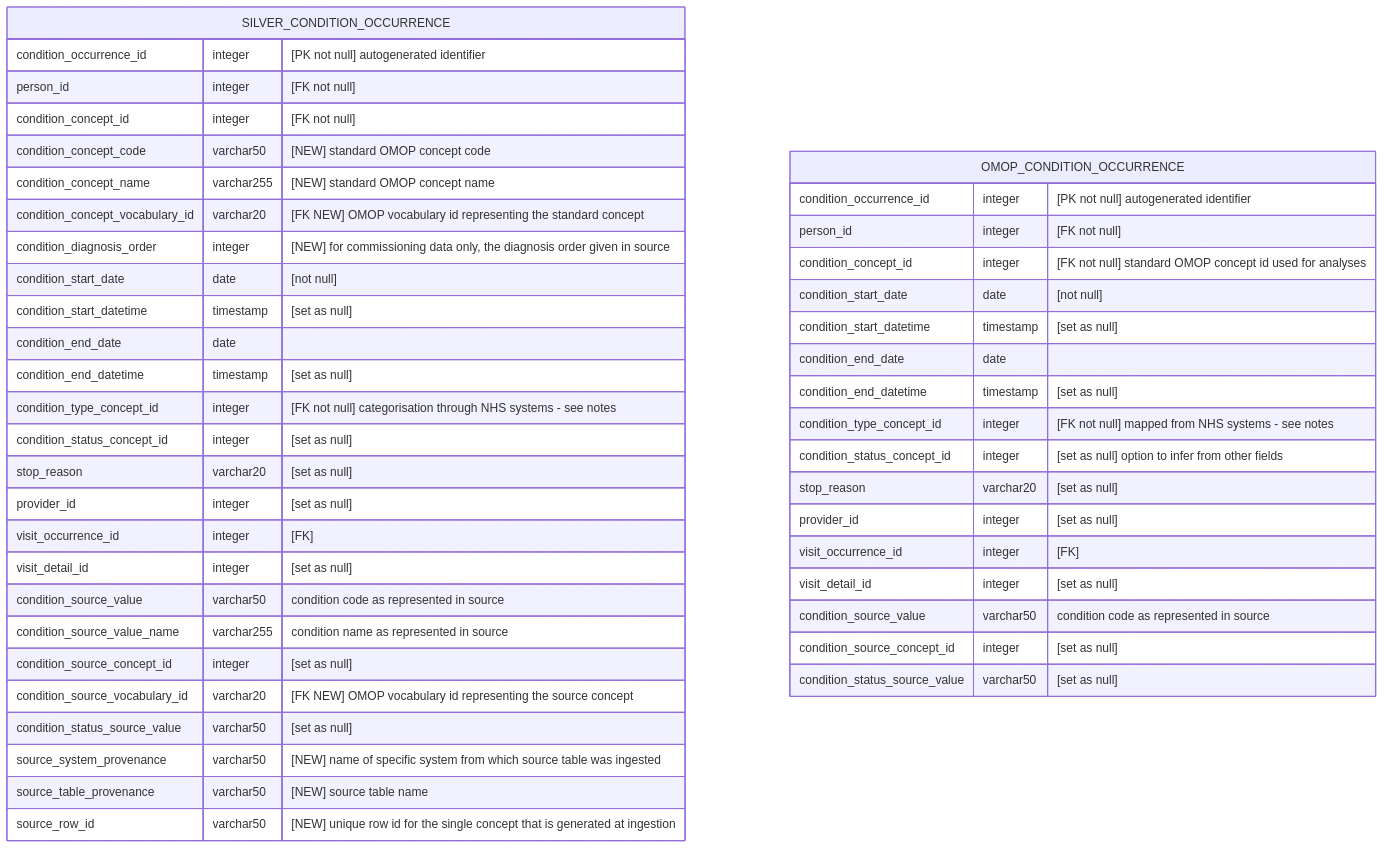
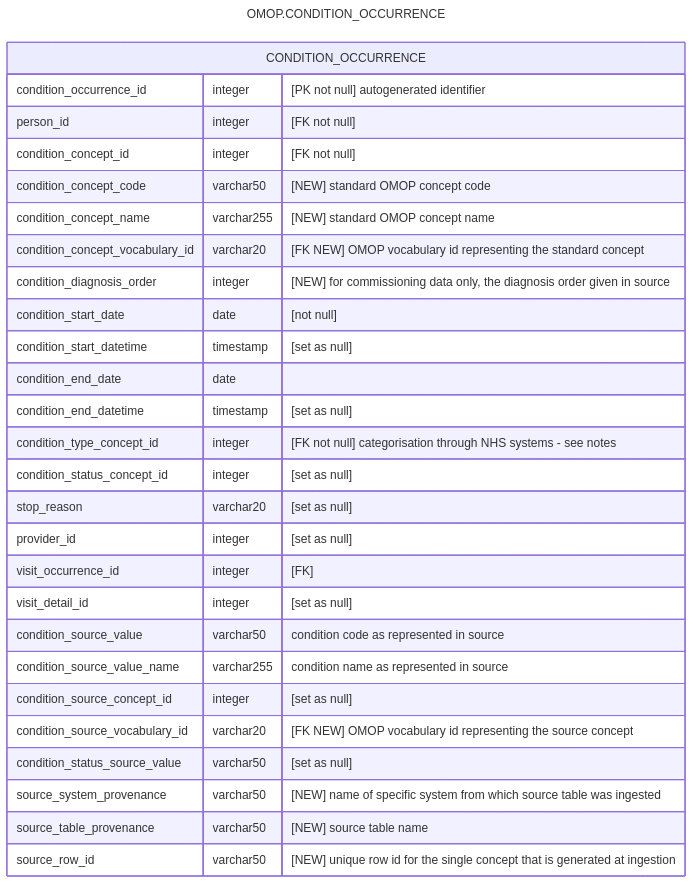
Before and after one commit to d3london/sde_aic_external_docs: the second of 2 diagrams in pages/data_model/cdm_condition_occurrence.qmd, drawn with Mermaid. The commit also changed other lines of this file and 4 other files, not shown here.

Commit message:
updated diagram labelling

````diff
--- a/pages/data_model/cdm_condition_occurrence.qmd
+++ b/pages/data_model/cdm_condition_occurrence.qmd
@@ -38,49 +41,33 @@
 ```{mermaid}
+---
+title: OMOP.CONDITION_OCCURRENCE
+---
 erDiagram
-    SILVER_CONDITION_OCCURRENCE {
+    CONDITION_OCCURRENCE {
         condition_occurrence_id integer "[PK not null] autogenerated identifier"
         person_id integer "[FK not null]"
         condition_concept_id integer "[FK not null]"
         condition_concept_code varchar50 "[NEW] standard OMOP concept code"
         condition_concept_name varchar255 "[NEW] standard OMOP concept name"
         condition_concept_vocabulary_id varchar20 "[FK NEW] OMOP vocabulary id representing the standard concept"
         condition_diagnosis_order integer "[NEW] for commissioning data only, the diagnosis order given in source"
         condition_start_date date "[not null]"
         condition_start_datetime timestamp "[set as null]"
         condition_end_date date
         condition_end_datetime timestamp "[set as null]"
         condition_type_concept_id integer "[FK not null] categorisation through NHS systems - see notes"
         condition_status_concept_id integer "[set as null]"
         stop_reason varchar20 "[set as null]"
         provider_id integer "[set as null]"
         visit_occurrence_id integer "[FK]"
         visit_detail_id integer "[set as null]"      
         condition_source_value varchar50 "condition code as represented in source"
         condition_source_value_name varchar255 "condition name as represented in source"
         condition_source_concept_id integer "[set as null]"          
         condition_source_vocabulary_id varchar20 "[FK NEW] OMOP vocabulary id representing the source concept"
         condition_status_source_value varchar50 "[set as null]"
         source_system_provenance varchar50 "[NEW] name of specific system from which source table was ingested"
         source_table_provenance varchar50 "[NEW] source table name"
         source_row_id varchar50 "[NEW] unique row id for the single concept that is generated at ingestion"
     }
-
-    OMOP_CONDITION_OCCURRENCE {
-        condition_occurrence_id integer "[PK not null] autogenerated identifier"
-        person_id integer "[FK not null]"
-        condition_concept_id integer "[FK not null] standard OMOP concept id used for analyses"
-        condition_start_date date "[not null]"
-        condition_start_datetime timestamp "[set as null]"
-        condition_end_date date
-        condition_end_datetime timestamp "[set as null]"
-        condition_type_concept_id integer "[FK not null] mapped from NHS systems - see notes "
-        condition_status_concept_id integer "[set as null] option to infer from other fields"
-        stop_reason varchar20 "[set as null]"
-        provider_id integer "[set as null]"
-        visit_occurrence_id integer "[FK]"
-        visit_detail_id integer "[set as null]"
-        condition_source_value varchar50 "condition code as represented in source"
-        condition_source_concept_id integer "[set as null]"
-        condition_status_source_value varchar50 "[set as null]"
-    }
 ```
````
